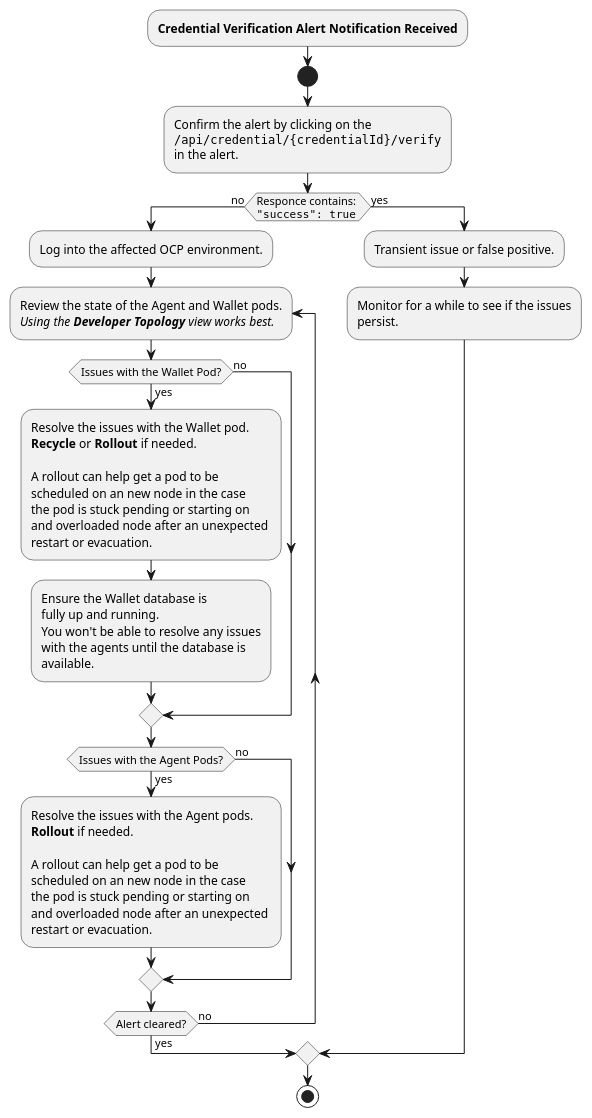
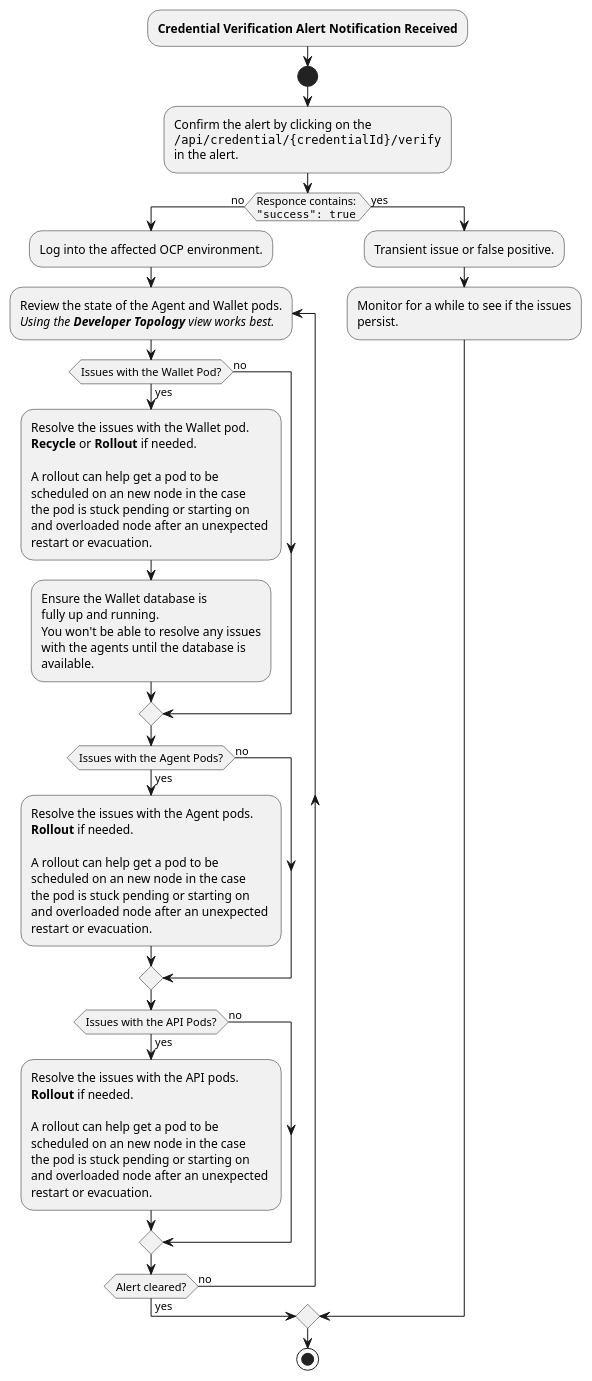
One commit to bcgov/DITP-DevOps changed the diagram in docs/diagrams/credential-verification-decision-tree.puml. Above: the diagram before and after it, drawn with PlantUML.

Commit message:
Add decision points for the API pods
- to credential-verification-decision-tree.puml

```diff
--- a/docs/diagrams/credential-verification-decision-tree.puml
+++ b/docs/diagrams/credential-verification-decision-tree.puml
@@ -1,45 +1,56 @@
 @startuml
 
 :**Credential Verification Alert Notification Received**;
 start
 :Confirm the alert by clicking on the 
 ""/api/credential/{credentialId}/verify""
 in the alert.;
 if (Responce contains: \n"""success": true"") then (no)
   :Log into the affected OCP environment.;
   repeat :Review the state of the Agent and Wallet pods.\n//Using the **Developer Topology** view works best.//;
     if(Issues with the Wallet Pod?) then (yes)
       :Resolve the issues with the Wallet pod.
       **Recycle** or **Rollout** if needed.
 
       A rollout can help get a pod to be
       scheduled on an new node in the case 
       the pod is stuck pending or starting on
       and overloaded node after an unexpected 
       restart or evacuation.;
       :Ensure the Wallet database is
       fully up and running.
       You won't be able to resolve any issues
       with the agents until the database is
       available.;
     else (no)
     endif
     if(Issues with the Agent Pods?) then (yes)
       :Resolve the issues with the Agent pods.
       **Rollout** if needed.
       
       A rollout can help get a pod to be
       scheduled on an new node in the case 
       the pod is stuck pending or starting on
       and overloaded node after an unexpected 
       restart or evacuation.;
     else (no)
     endif
+    if(Issues with the API Pods?) then (yes)
+      :Resolve the issues with the API pods.
+      **Rollout** if needed.
+      
+      A rollout can help get a pod to be
+      scheduled on an new node in the case 
+      the pod is stuck pending or starting on
+      and overloaded node after an unexpected 
+      restart or evacuation.;
+    else (no)
+    endif
   repeat while (Alert cleared?) is (no) not (yes)
 else (yes)
     :Transient issue or false positive.;
     :Monitor for a while to see if the issues
     persist.;
 endif
 stop
 @enduml
```
